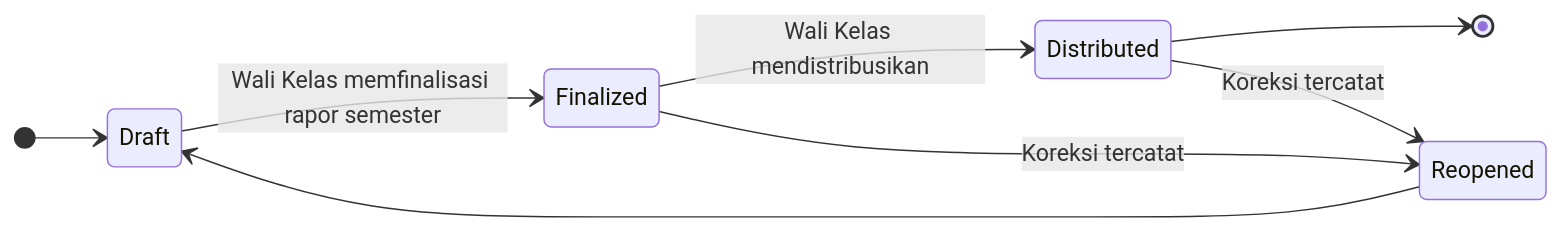
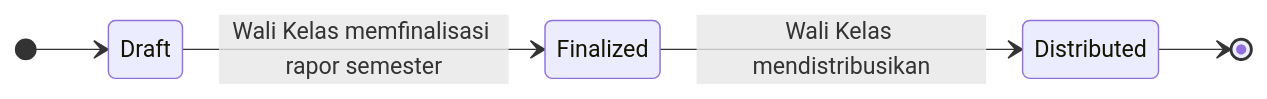
The fifth of 5 diagrams in PRD.md (Korean-Asean-Digital-Academy-Batch-4/Docs), drawn with Mermaid before and after one commit. The commit also changed other lines of this file and 3 other files, not shown here.

````diff
--- a/PRD.md
+++ b/PRD.md
@@ -475,11 +479,8 @@
 ```mermaid
 stateDiagram-v2
     direction LR
     [*] --> Draft
     Draft --> Finalized: Wali Kelas memfinalisasi rapor semester
     Finalized --> Distributed: Wali Kelas mendistribusikan
     Distributed --> [*]
-    Finalized --> Reopened: Koreksi tercatat
-    Distributed --> Reopened: Koreksi tercatat
-    Reopened --> Draft
 ```
````
